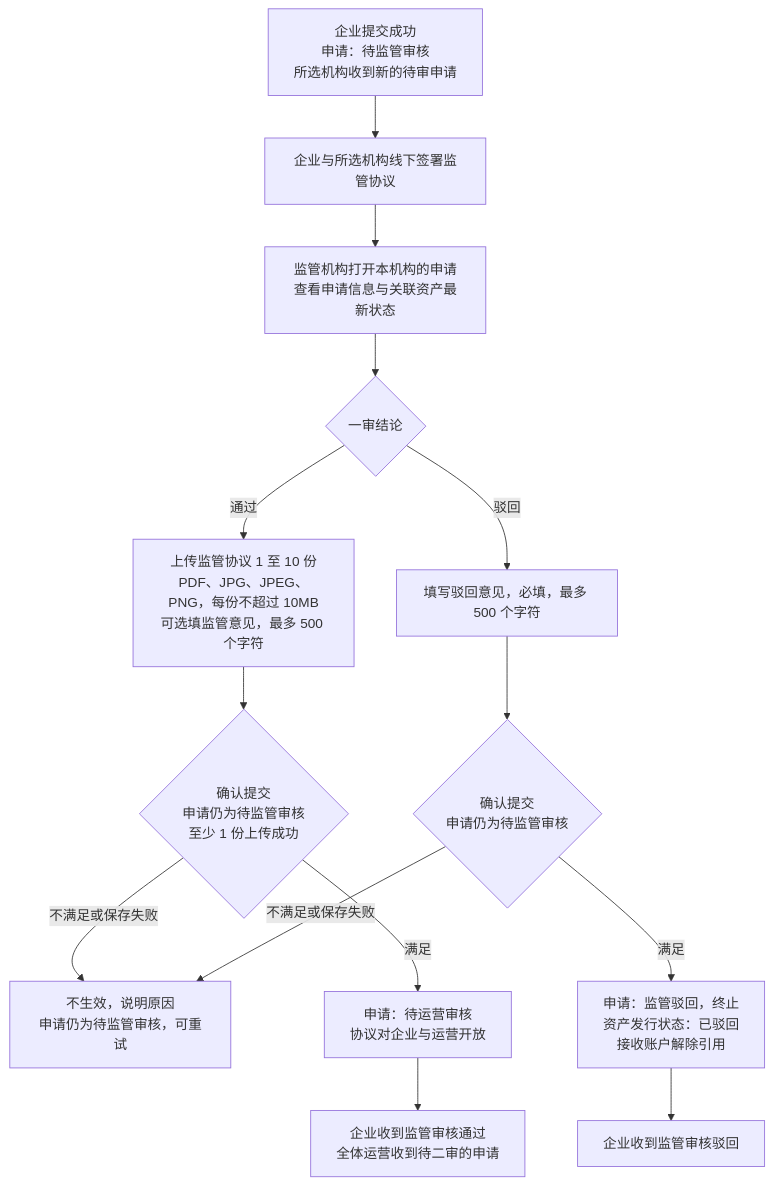
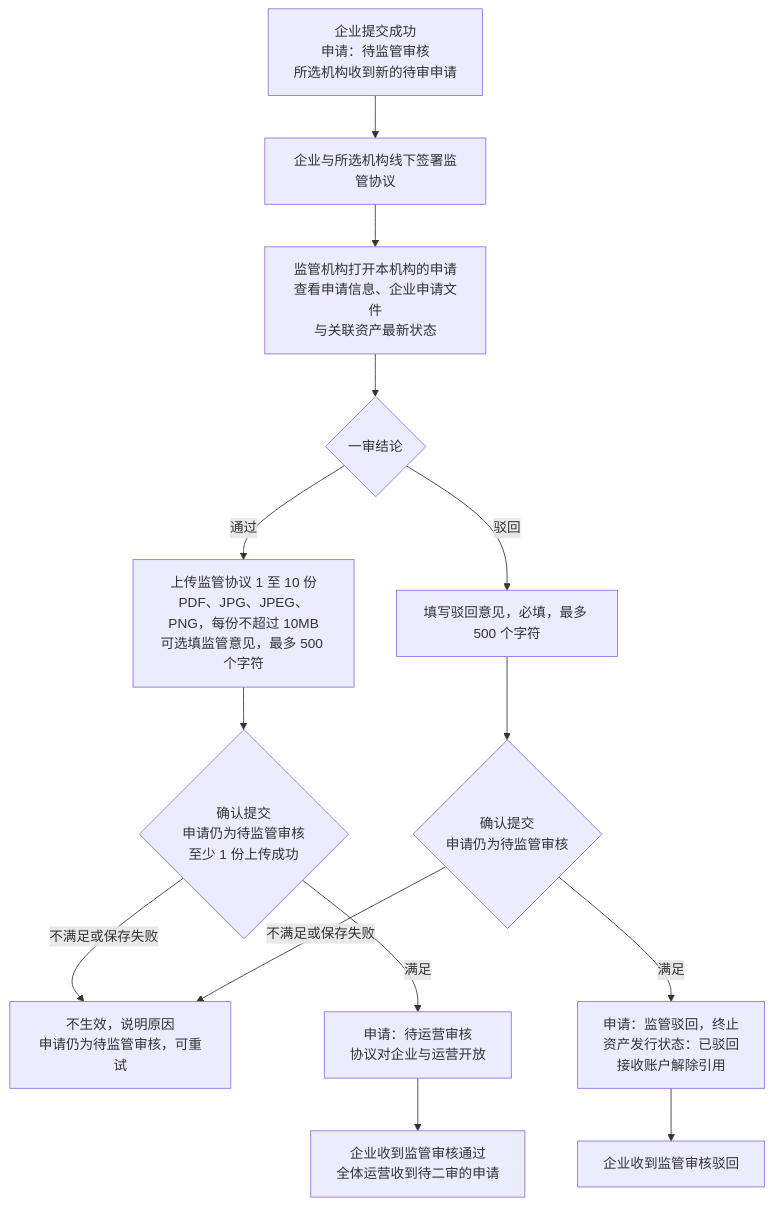
One commit to wxblockchain/Chain-Financing changed the first of 4 diagrams in token-issuance-platform/PRD/管理端/M3b-代币发行-审核与铸造/02-代币发行-审核与铸造-流程图与状态机.md. Above: the diagram before and after it, drawn with Mermaid. The commit also changed 8 other files, not shown here.

````diff
--- a/token-issuance-platform/PRD/管理端/M3b-代币发行-审核与铸造/02-代币发行-审核与铸造-流程图与状态机.md
+++ b/token-issuance-platform/PRD/管理端/M3b-代币发行-审核与铸造/02-代币发行-审核与铸造-流程图与状态机.md
@@ -17,16 +17,16 @@
 ```mermaid
 flowchart TD
     A[企业提交成功<br/>申请：待监管审核<br/>所选机构收到新的待审申请] --> B[企业与所选机构线下签署监管协议]
-    B --> C[监管机构打开本机构的申请<br/>查看申请信息与关联资产最新状态]
+    B --> C[监管机构打开本机构的申请<br/>查看申请信息、企业申请文件<br/>与关联资产最新状态]
     C --> D{一审结论}
     D -->|通过| E[上传监管协议 1 至 10 份<br/>PDF、JPG、JPEG、PNG，每份不超过 10MB<br/>可选填监管意见，最多 500 个字符]
     E --> F{确认提交<br/>申请仍为待监管审核<br/>至少 1 份上传成功}
     F -->|不满足或保存失败| F1[不生效，说明原因<br/>申请仍为待监管审核，可重试]
     F -->|满足| G[申请：待运营审核<br/>协议对企业与运营开放]
     G --> G1[企业收到监管审核通过<br/>全体运营收到待二审的申请]
     D -->|驳回| H[填写驳回意见，必填，最多 500 个字符]
     H --> I{确认提交<br/>申请仍为待监管审核}
     I -->|不满足或保存失败| F1
     I -->|满足| J[申请：监管驳回，终止<br/>资产发行状态：已驳回<br/>接收账户解除引用]
     J --> J1[企业收到监管审核驳回]
 ```
````
